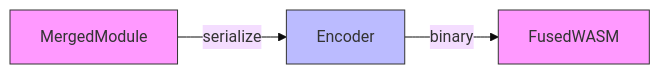
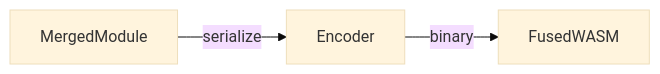
The seventh of 13 diagrams in meld-core/ARCHITECTURE.md (pulseengine/meld), drawn with Mermaid (base theme) before and after one commit. The commit also changed other lines of this file, not shown here.

First line of the commit message:
fix(docs): standardize Mermaid diagrams and fix syntax errors

````diff
--- a/meld-core/ARCHITECTURE.md
+++ b/meld-core/ARCHITECTURE.md
@@ -169,9 +175,9 @@
 ```mermaid
 flowchart LR
     A[MergedModule] -->|serialize| B[Encoder]
     B -->|binary| C[FusedWASM]
 
-    style A fill:#f9f,stroke:#333
-    style B fill:#bbf,stroke:#333
-    style C fill:#f9f,stroke:#333
+    class A buildFill
+    class B runtimeFill
+    class C buildFill
 ```
````
